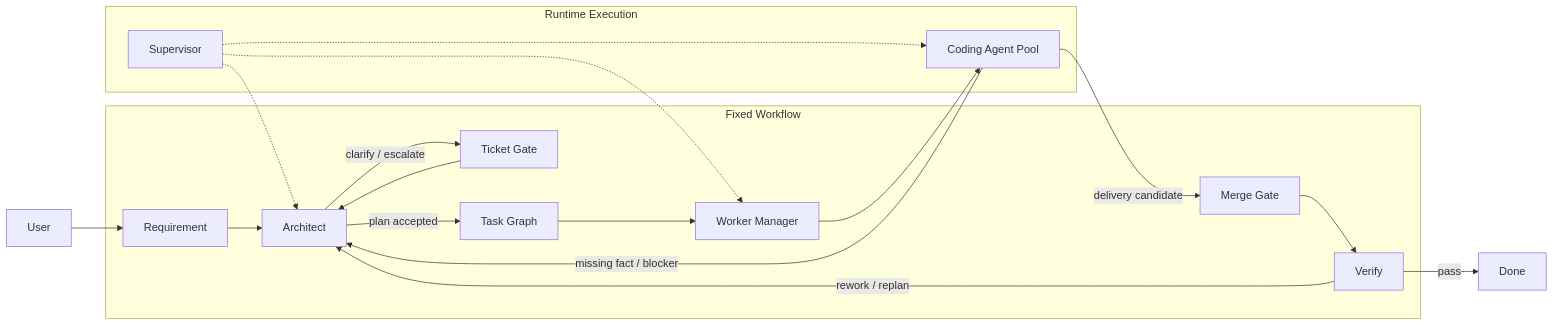
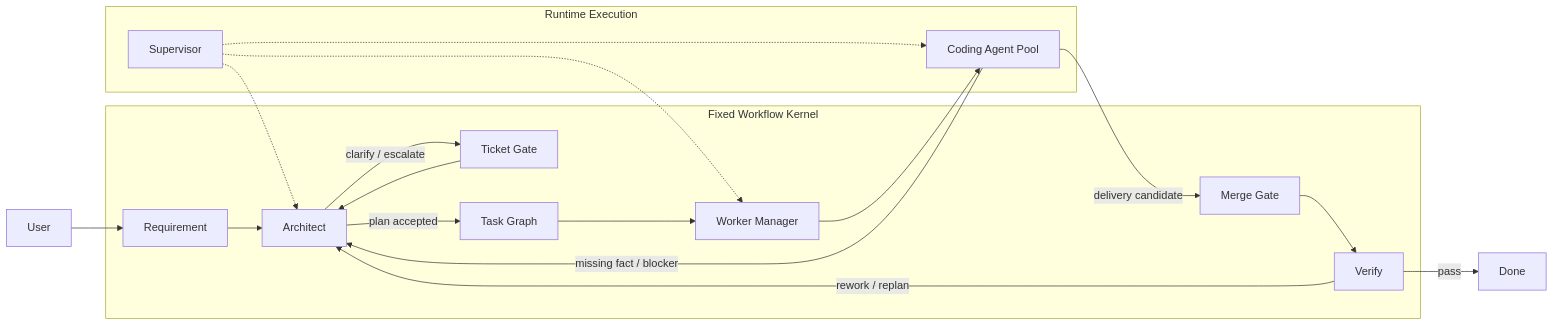
Before and after one commit to xilufeisaigao/AgentX: the second of 4 diagrams in README.md, drawn with Mermaid. The commit also changed other lines of this file, not shown here.

````diff
--- a/README.md
+++ b/README.md
@@ -61,37 +158,37 @@
 ```mermaid
 flowchart LR
   USER["User"]
 
-  subgraph TOP["Fixed Workflow"]
+  subgraph TOP["Fixed Workflow Kernel"]
     REQ["Requirement"]
     ARCH["Architect"]
     HUMAN["Ticket Gate"]
     DAG["Task Graph"]
     MGR["Worker Manager"]
     MERGE["Merge Gate"]
     VERIFY["Verify"]
   end
 
   subgraph EXEC["Runtime Execution"]
     CODE["Coding Agent Pool"]
     WATCH["Supervisor"]
   end
 
   DONE["Done"]
 
   USER --> REQ
   REQ --> ARCH
   ARCH -->|"clarify / escalate"| HUMAN
   HUMAN --> ARCH
   ARCH -->|"plan accepted"| DAG
   DAG --> MGR
   MGR --> CODE
   CODE -->|"delivery candidate"| MERGE
   CODE -->|"missing fact / blocker"| ARCH
   MERGE --> VERIFY
   VERIFY -->|"pass"| DONE
   VERIFY -->|"rework / replan"| ARCH
   WATCH -.-> CODE
   WATCH -.-> MGR
   WATCH -.-> ARCH
 ```
````
